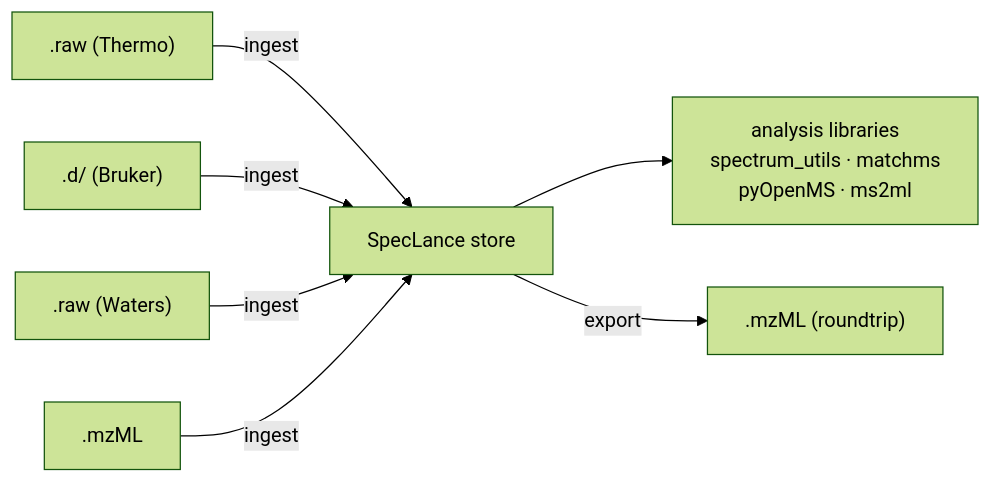
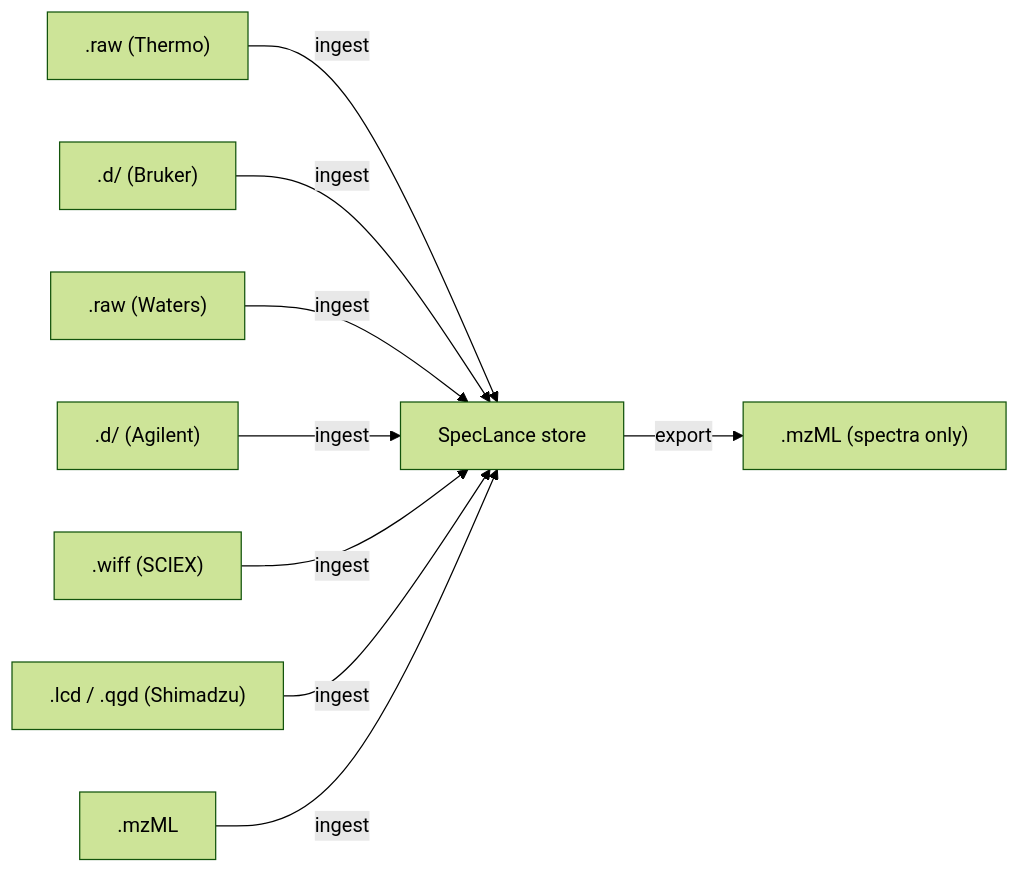
Before and after one commit to Sigilweaver/SpecLance: the diagram in README.md, drawn with Mermaid (forest theme). The commit also changed other lines of this file and 3 other files, not shown here.

````diff
--- a/README.md
+++ b/README.md
@@ -26,20 +94,24 @@
 ```mermaid
 flowchart LR
     thermo[".raw (Thermo)"]
     bruker[".d/ (Bruker)"]
     waters[".raw (Waters)"]
+    agilent[".d/ (Agilent)"]
+    sciex[".wiff (SCIEX)"]
+    shimadzu[".lcd / .qgd (Shimadzu)"]
     mzml_in[".mzML"]
 
     store["SpecLance store"]
 
-    libs["analysis libraries\nspectrum_utils · matchms\npyOpenMS · ms2ml"]
-    mzml_out[".mzML (roundtrip)"]
+    mzml_out[".mzML (spectra only)"]
 
     thermo -- ingest --> store
     bruker -- ingest --> store
     waters -- ingest --> store
+    agilent -- ingest --> store
+    sciex -- ingest --> store
+    shimadzu -- ingest --> store
     mzml_in -- ingest --> store
 
-    store --> libs
     store -- export --> mzml_out
 ```
````
